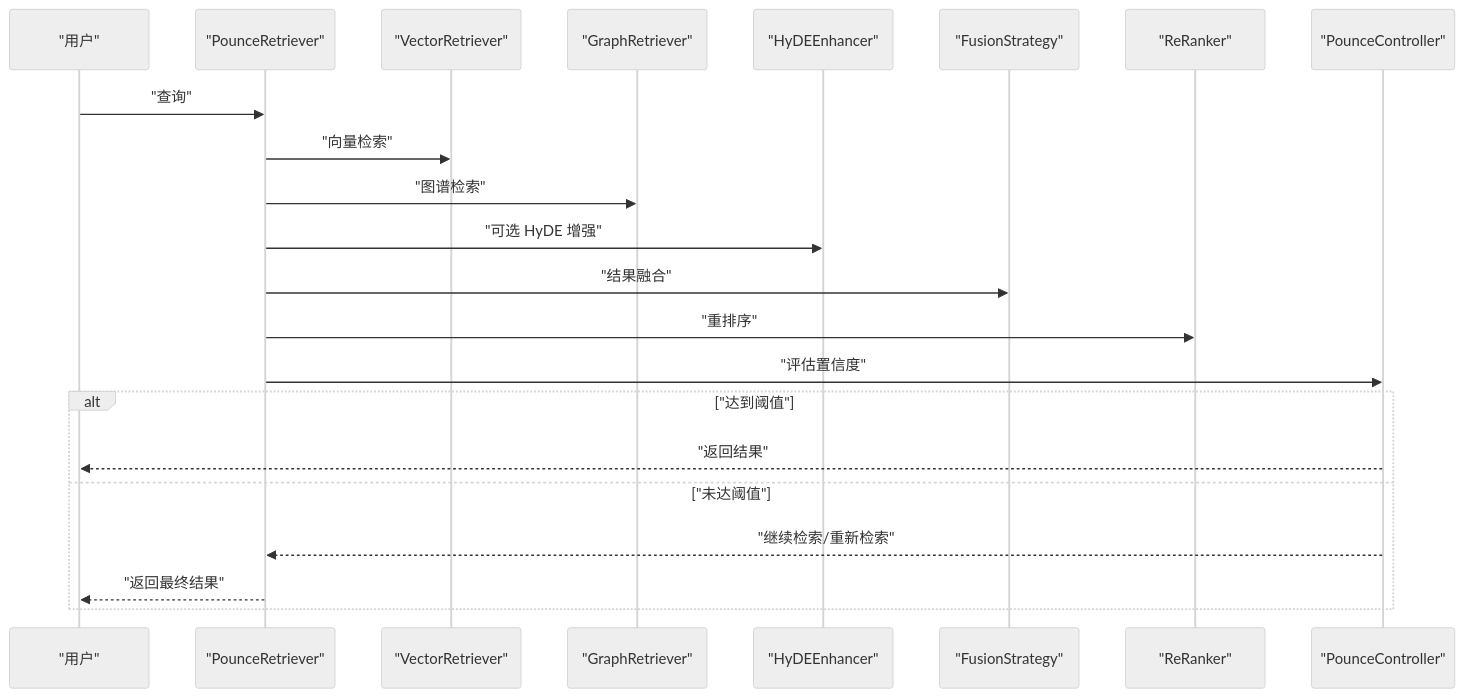
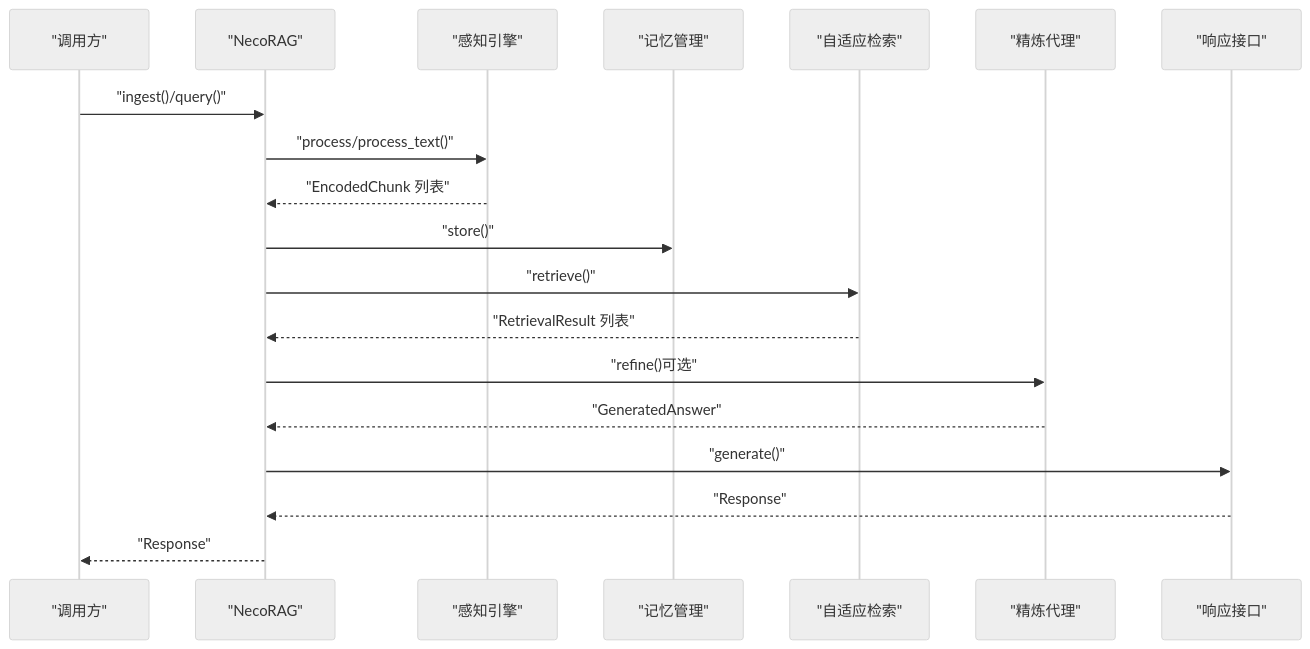
Before and after one commit to JieGaoPrinceton/NecoRAG: the third of 10 diagrams in .qoder/repowiki/zh/content/开发者指南/开发者指南.md, drawn with Mermaid (neutral theme). The commit also changed other lines of this file and 76 other files, not shown here.

````diff
--- a/.qoder/repowiki/zh/content/开发者指南/开发者指南.md
+++ b/.qoder/repowiki/zh/content/开发者指南/开发者指南.md
@@ -200,24 +110,21 @@
 ```mermaid
 sequenceDiagram
-participant U as "用户"
-participant R as "PounceRetriever"
-participant V as "VectorRetriever"
-participant G as "GraphRetriever"
-participant H as "HyDEEnhancer"
-participant F as "FusionStrategy"
-participant RR as "ReRanker"
-participant PC as "PounceController"
-U->>R : "查询"
-R->>V : "向量检索"
-R->>G : "图谱检索"
-R->>H : "可选 HyDE 增强"
-R->>F : "结果融合"
-R->>RR : "重排序"
-R->>PC : "评估置信度"
-alt "达到阈值"
-PC-->>U : "返回结果"
-else "未达阈值"
-PC-->>R : "继续检索/重新检索"
-R-->>U : "返回最终结果"
-end
+participant U as "调用方"
+participant R as "NecoRAG"
+participant PE as "感知引擎"
+participant MM as "记忆管理"
+participant AR as "自适应检索"
+participant RA as "精炼代理"
+participant RI as "响应接口"
+U->>R : "ingest()/query()"
+R->>PE : "process/process_text()"
+PE-->>R : "EncodedChunk 列表"
+R->>MM : "store()"
+R->>AR : "retrieve()"
+AR-->>R : "RetrievalResult 列表"
+R->>RA : "refine()可选"
+RA-->>R : "GeneratedAnswer"
+R->>RI : "generate()"
+RI-->>R : "Response"
+R-->>U : "Response"
 ```
````
